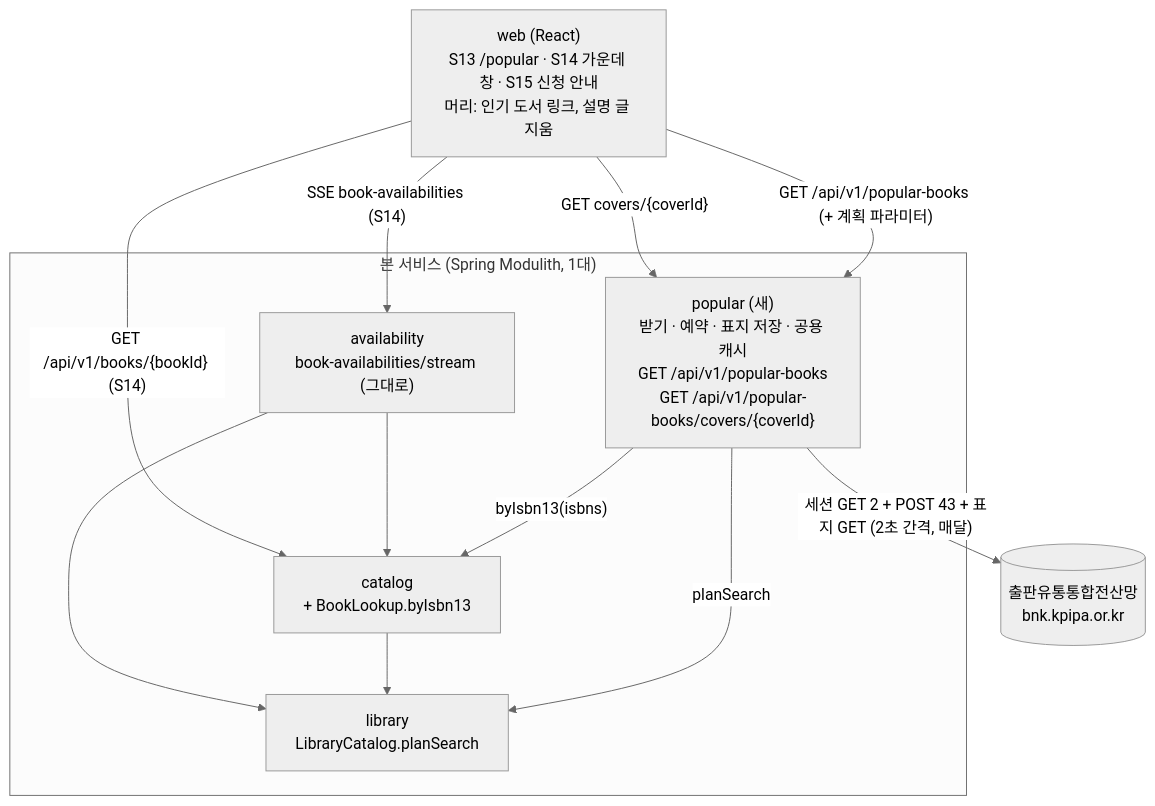
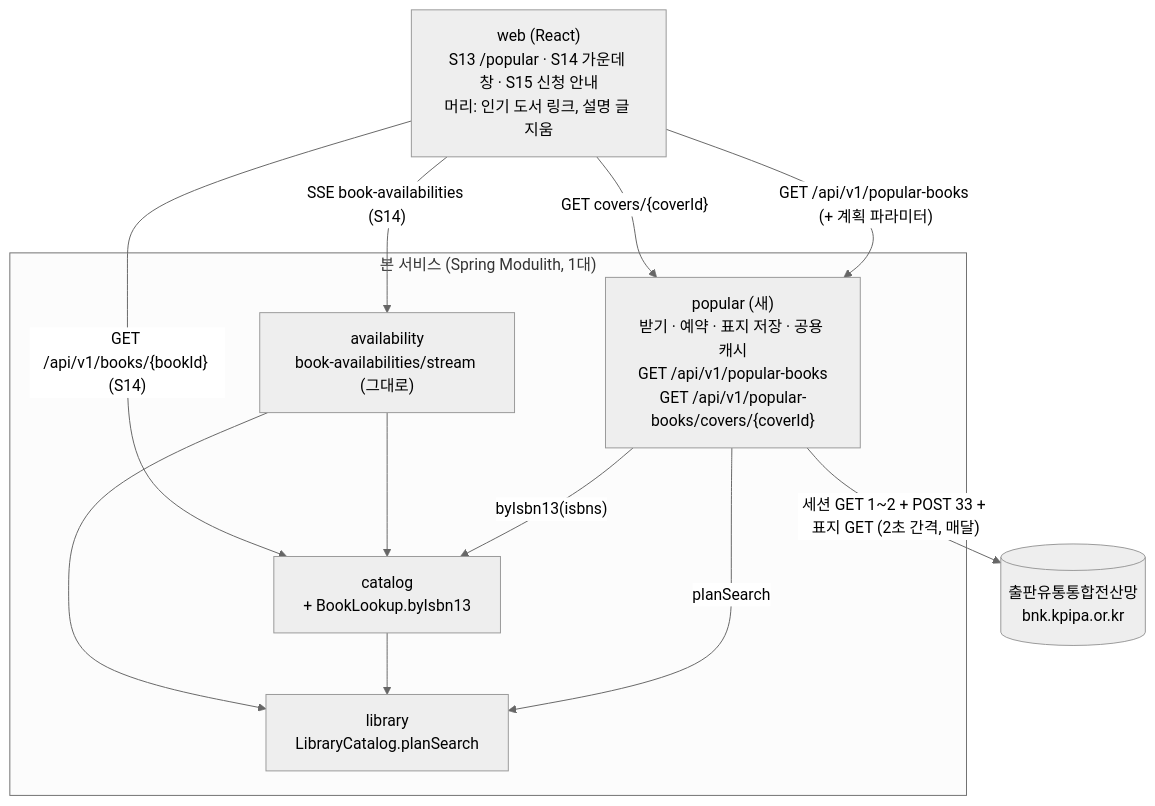
One commit to hodu-sketch/chaekcheck-plan changed the first of 7 diagrams in docs/cycles/10-popular-books/design-delta.md. Above: the diagram before and after it, drawn with Mermaid (neutral theme). The commit also changed other lines of this file and 8 other files, not shown here.

````diff
--- a/docs/cycles/10-popular-books/design-delta.md
+++ b/docs/cycles/10-popular-books/design-delta.md
@@ -13,21 +15,21 @@
 ```mermaid
 flowchart TB
   web["web (React)<br/>S13 /popular · S14 가운데 창 · S15 신청 안내<br/>머리: 인기 도서 링크, 설명 글 지움"]
   kpipa[("출판유통통합전산망<br/>bnk.kpipa.or.kr")]
   subgraph main["본 서비스 (Spring Modulith, 1대)"]
     popular["popular (새)<br/>받기 · 예약 · 표지 저장 · 공용 캐시<br/>GET /api/v1/popular-books<br/>GET /api/v1/popular-books/covers/{coverId}"]
     catalog["catalog<br/>+ BookLookup.byIsbn13"]
     library["library<br/>LibraryCatalog.planSearch"]
     availability["availability<br/>book-availabilities/stream (그대로)"]
     popular -->|"byIsbn13(isbns)"| catalog
     popular -->|"planSearch"| library
     catalog --> library
     availability --> catalog
     availability --> library
   end
-  popular -->|"세션 GET 2 + POST 43 + 표지 GET (2초 간격, 매달)"| kpipa
+  popular -->|"세션 GET 1~2 + POST 33 + 표지 GET (2초 간격, 매달)"| kpipa
   web -->|"GET /api/v1/popular-books (+ 계획 파라미터)"| popular
   web -->|"GET covers/{coverId}"| popular
   web -->|"GET /api/v1/books/{bookId} (S14)"| catalog
   web -->|"SSE book-availabilities (S14)"| availability
 ```
````
